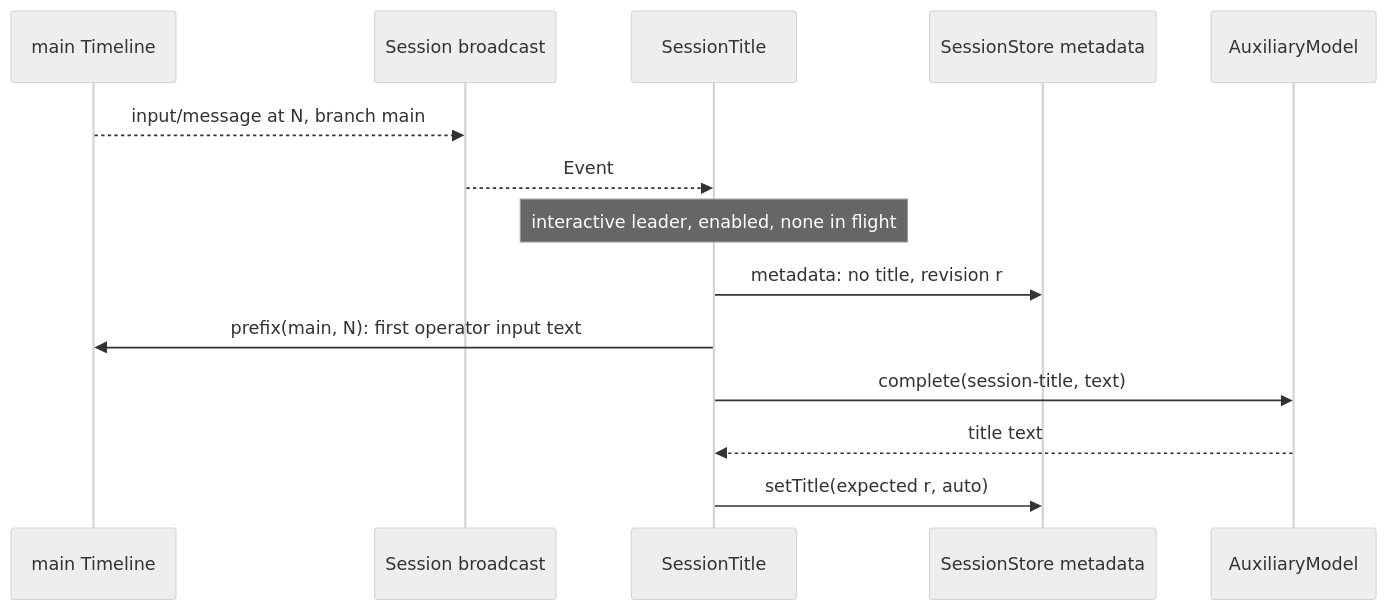
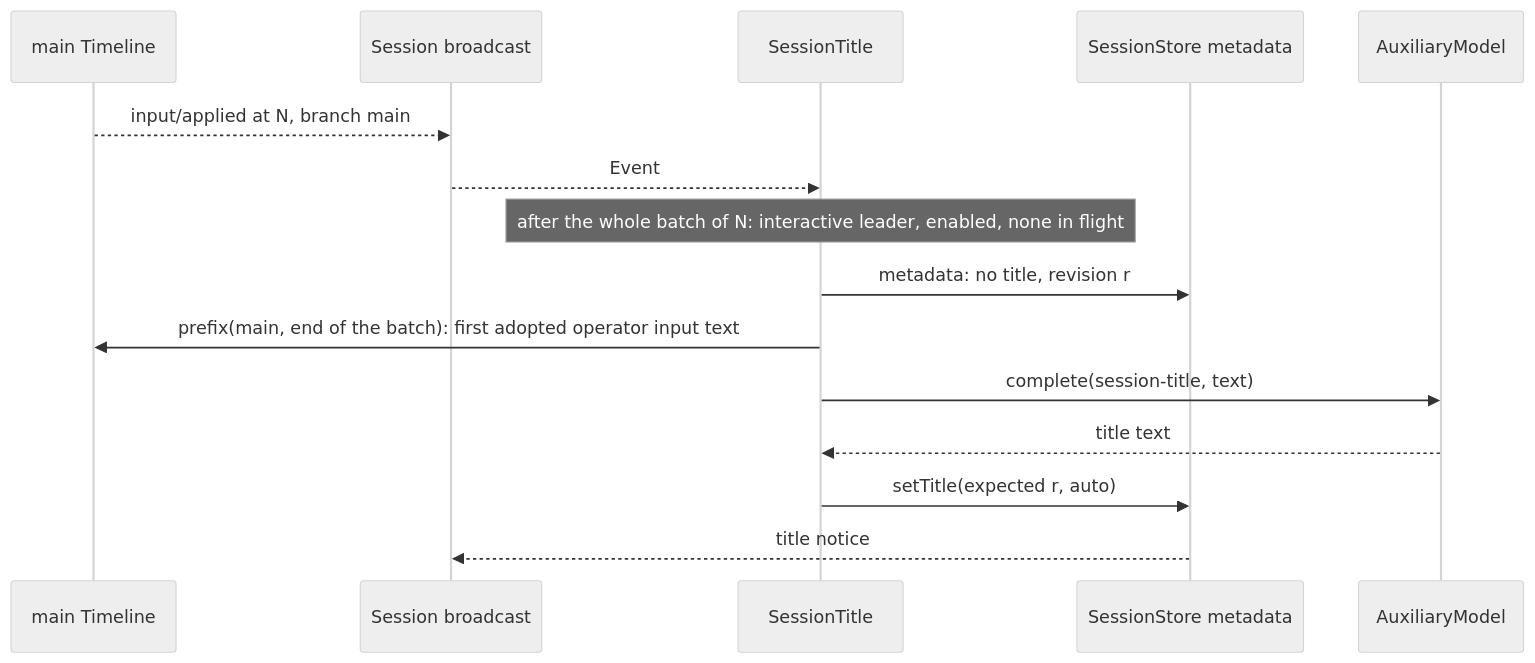
Before and after one commit to CoutinhoTTS/dim-agent: the third of 5 diagrams in docs/design/plugins/SessionTitle.md, drawn with Mermaid (neutral theme). The commit also changed other lines of this file and 42 other files, not shown here.

````diff
--- a/docs/design/plugins/SessionTitle.md
+++ b/docs/design/plugins/SessionTitle.md
@@ -68,16 +69,17 @@
 ```mermaid
 sequenceDiagram
   participant TL as main Timeline
   participant SB as Session broadcast
   participant ST as SessionTitle
   participant Meta as SessionStore metadata
   participant Aux as AuxiliaryModel
-  TL-->>SB: input/message at N, branch main
+  TL-->>SB: input/applied at N, branch main
   SB-->>ST: Event
-  Note over ST: interactive leader, enabled, none in flight
+  Note over ST: after the whole batch of N: interactive leader, enabled, none in flight
   ST->>Meta: metadata: no title, revision r
-  ST->>TL: prefix(main, N): first operator input text
+  ST->>TL: prefix(main, end of the batch): first adopted operator input text
   ST->>Aux: complete(session-title, text)
   Aux-->>ST: title text
   ST->>Meta: setTitle(expected r, auto)
+  Meta-->>SB: title notice
 ```
````
